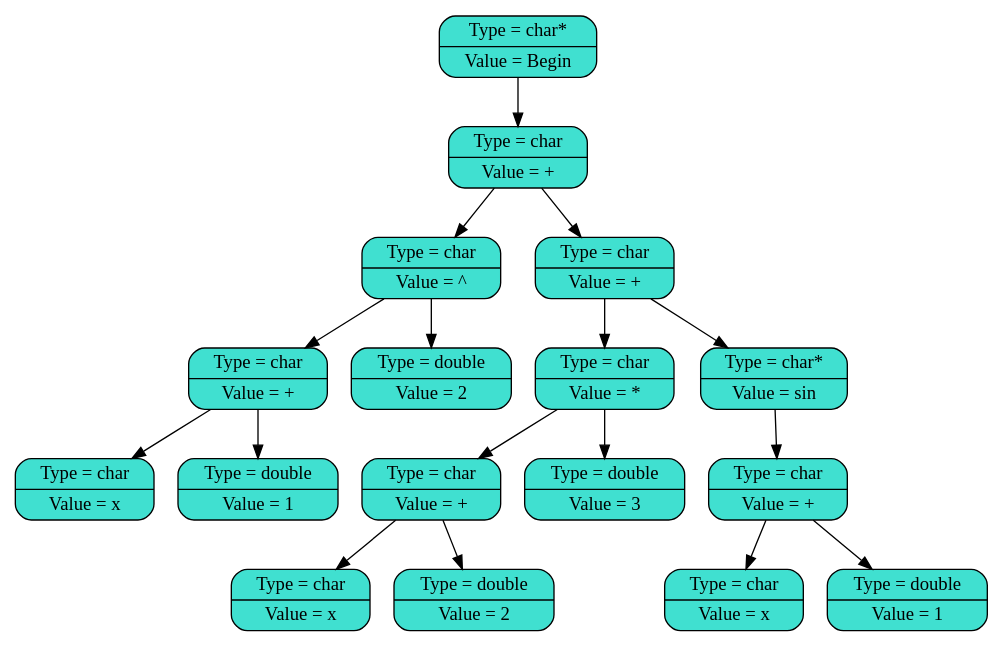
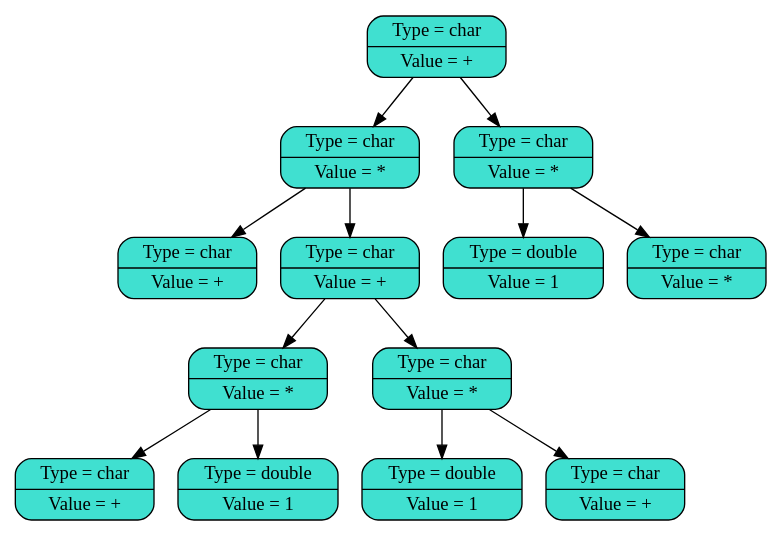
Before and after one commit to Kitaev2003/Differentiator: the diagram in Differentiator.dot, drawn with Graphviz. The commit also changed 7 other files, not shown here.

```diff
--- a/Differentiator.dot
+++ b/Differentiator.dot
@@ -1,39 +1,30 @@
 digraph graphname 
  {
 node [shape=record, color = "black"]; //Описание блоков графа
-	1[fillcolor = "#40e0d0", style="rounded,filled", label="{Type = char*| Value = Begin}"];
+	18[fillcolor = "#40e0d0", style="rounded,filled", label="{Type =  char| Value = +}"];
 //Далее работа функции BodyDump
-	7[fillcolor = "#40e0d0", style="rounded,filled", label="{Type = char| Value = +}"];
-	1->7;
-	5[fillcolor = "#40e0d0", style="rounded,filled", label="{Type = char| Value = ^}"];
-	7->5;
-	3[fillcolor = "#40e0d0", style="rounded,filled", label="{Type = char| Value = +}"];
-	5->3;
-	2[fillcolor = "#40e0d0", style="rounded,filled", label="{Type = char| Value = x}"];
-	3->2;
-	4[fillcolor = "#40e0d0", style="rounded,filled", label="{Type = double| Value = 1}"];
-	3->4;
-	6[fillcolor = "#40e0d0", style="rounded,filled", label="{Type = double| Value = 2}"];
-	5->6;
-	13[fillcolor = "#40e0d0", style="rounded,filled", label="{Type = char| Value = +}"];
-	7->13;
-	11[fillcolor = "#40e0d0", style="rounded,filled", label="{Type = char| Value = *}"];
-	13->11;
-	9[fillcolor = "#40e0d0", style="rounded,filled", label="{Type = char| Value = +}"];
-	11->9;
-	8[fillcolor = "#40e0d0", style="rounded,filled", label="{Type = char| Value = x}"];
-	9->8;
-	10[fillcolor = "#40e0d0", style="rounded,filled", label="{Type = double| Value = 2}"];
-	9->10;
-	12[fillcolor = "#40e0d0", style="rounded,filled", label="{Type = double| Value = 3}"];
-	11->12;
-	14[fillcolor = "#40e0d0", style="rounded,filled", label="{Type = char*| Value = sin}"];
-	13->14;
-	16[fillcolor = "#40e0d0", style="rounded,filled", label="{Type = char| Value = +}"];
-	14->16;
-	15[fillcolor = "#40e0d0", style="rounded,filled", label="{Type = char| Value = x}"];
-	16->15;
-	17[fillcolor = "#40e0d0", style="rounded,filled", label="{Type = double| Value = 1}"];
-	16->17;
-
+	21[fillcolor = "#40e0d0", style="rounded,filled", label="{Type = char| Value = *}"];
+	18->21;
+	19[fillcolor = "#40e0d0", style="rounded,filled", label="{Type = char| Value = +}"];
+	21->19;
+	23[fillcolor = "#40e0d0", style="rounded,filled", label="{Type = char| Value = +}"];
+	21->23;
+	26[fillcolor = "#40e0d0", style="rounded,filled", label="{Type = char| Value = *}"];
+	23->26;
+	24[fillcolor = "#40e0d0", style="rounded,filled", label="{Type = char| Value = +}"];
+	26->24;
+	30[fillcolor = "#40e0d0", style="rounded,filled", label="{Type = double| Value = 1}"];
+	26->30;
+	27[fillcolor = "#40e0d0", style="rounded,filled", label="{Type = char| Value = *}"];
+	23->27;
+	33[fillcolor = "#40e0d0", style="rounded,filled", label="{Type = double| Value = 1}"];
+	27->33;
+	25[fillcolor = "#40e0d0", style="rounded,filled", label="{Type = char| Value = +}"];
+	27->25;
+	22[fillcolor = "#40e0d0", style="rounded,filled", label="{Type = char| Value = *}"];
+	18->22;
+	36[fillcolor = "#40e0d0", style="rounded,filled", label="{Type = double| Value = 1}"];
+	22->36;
+	20[fillcolor = "#40e0d0", style="rounded,filled", label="{Type = char| Value = *}"];
+	22->20;
 }
```
